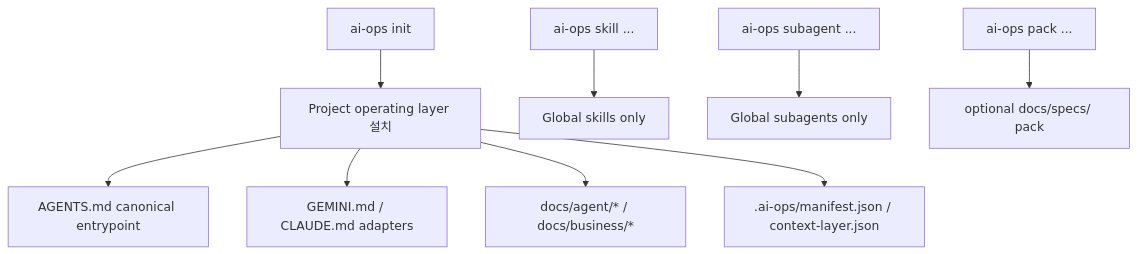
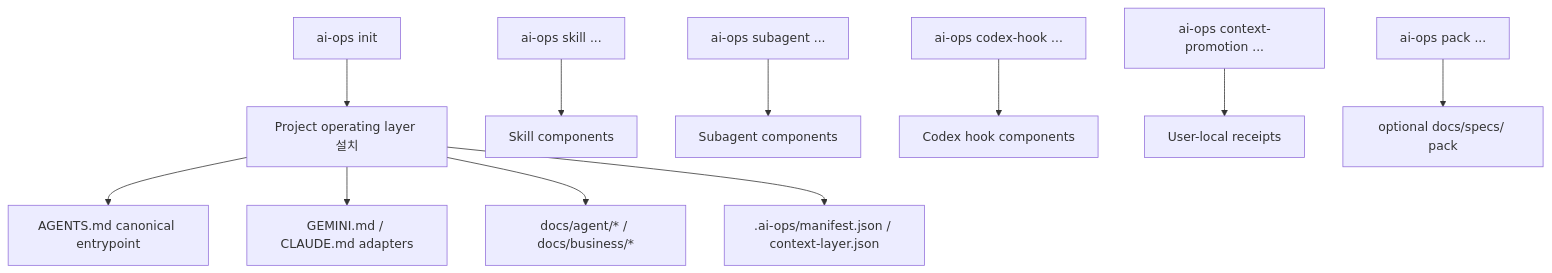
Before and after one commit to MincheolC/ai-ops-cli: the diagram in apps/cli/README.ko.md, drawn with Mermaid. The commit also changed other lines of this file and 20 other files, not shown here.

````diff
--- a/apps/cli/README.ko.md
+++ b/apps/cli/README.ko.md
@@ -11,12 +11,14 @@
 ```mermaid
 flowchart TD
   init["ai-ops init"] --> layer["Project operating layer 설치"]
   layer --> entry["AGENTS.md canonical entrypoint"]
   layer --> adapters["GEMINI.md / CLAUDE.md adapters"]
   layer --> docs["docs/agent/* / docs/business/*"]
   layer --> state[".ai-ops/manifest.json / context-layer.json"]
 
-  skill["ai-ops skill ..."] --> globalSkills["Global skills only"]
-  subagent["ai-ops subagent ..."] --> globalSubagents["Global subagents only"]
+  skill["ai-ops skill ..."] --> skillComponent["Skill components"]
+  subagent["ai-ops subagent ..."] --> subagentComponent["Subagent components"]
+  hook["ai-ops codex-hook ..."] --> hookComponent["Codex hook components"]
+  receipt["ai-ops context-promotion ..."] --> receiptComponent["User-local receipts"]
   pack["ai-ops pack ..."] --> docsSpecs["optional docs/specs/ pack"]
 ```
````
